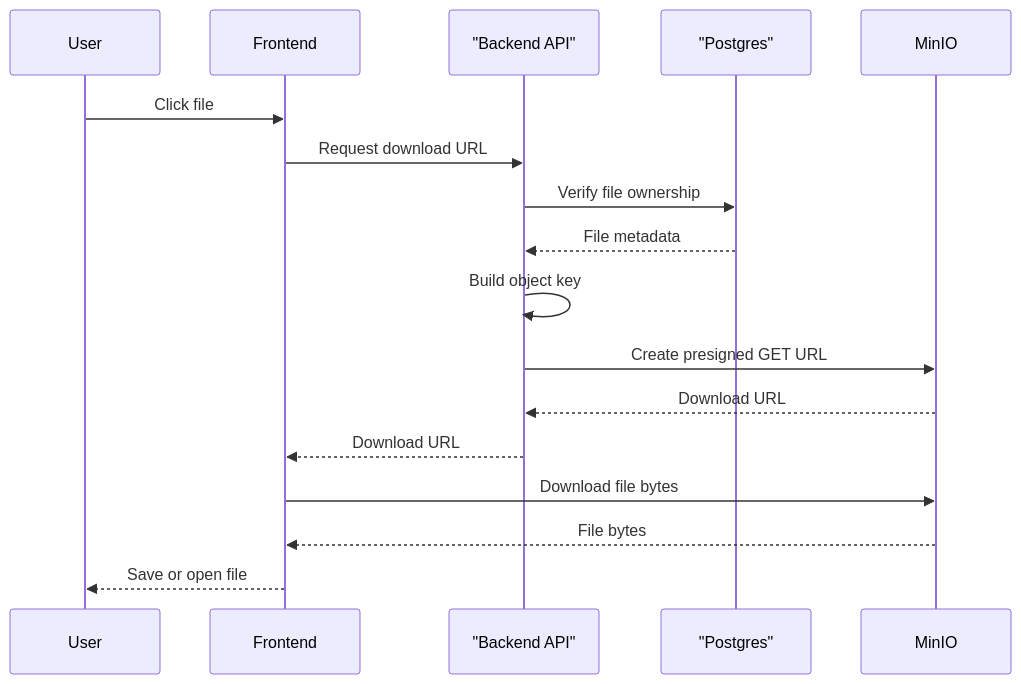
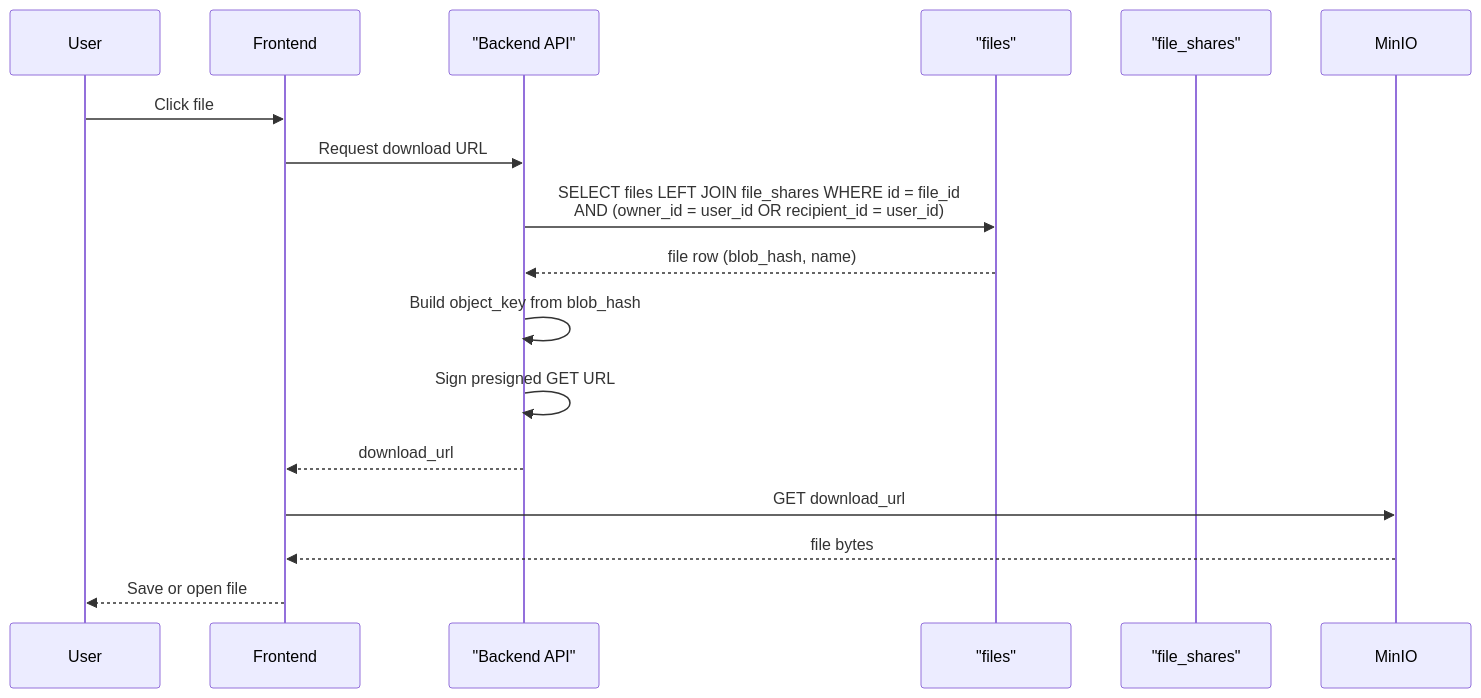
The second of 3 diagrams in docs/diagrams/file-download-flow.md (armydep/cloud-storage), drawn with Mermaid before and after one commit. The commit also changed other lines of this file and 1 other file, not shown here.

````diff
--- a/docs/diagrams/file-download-flow.md
+++ b/docs/diagrams/file-download-flow.md
@@ -40,20 +56,20 @@
 ```mermaid
 sequenceDiagram
     participant User
     participant Frontend
     participant Backend as "Backend API"
-    participant DB as "Postgres"
+    participant files as "files"
+    participant file_shares as "file_shares"
     participant MinIO
 
     User->>Frontend: Click file
     Frontend->>Backend: Request download URL
-    Backend->>DB: Verify file ownership
-    DB-->>Backend: File metadata
-    Backend->>Backend: Build object key
-    Backend->>MinIO: Create presigned GET URL
-    MinIO-->>Backend: Download URL
-    Backend-->>Frontend: Download URL
-    Frontend->>MinIO: Download file bytes
-    MinIO-->>Frontend: File bytes
+    Backend->>files: SELECT files LEFT JOIN file_shares WHERE id = file_id<br/>AND (owner_id = user_id OR recipient_id = user_id)
+    files-->>Backend: file row (blob_hash, name)
+    Backend->>Backend: Build object_key from blob_hash
+    Backend->>Backend: Sign presigned GET URL
+    Backend-->>Frontend: download_url
+    Frontend->>MinIO: GET download_url
+    MinIO-->>Frontend: file bytes
     Frontend-->>User: Save or open file
 ```
````
